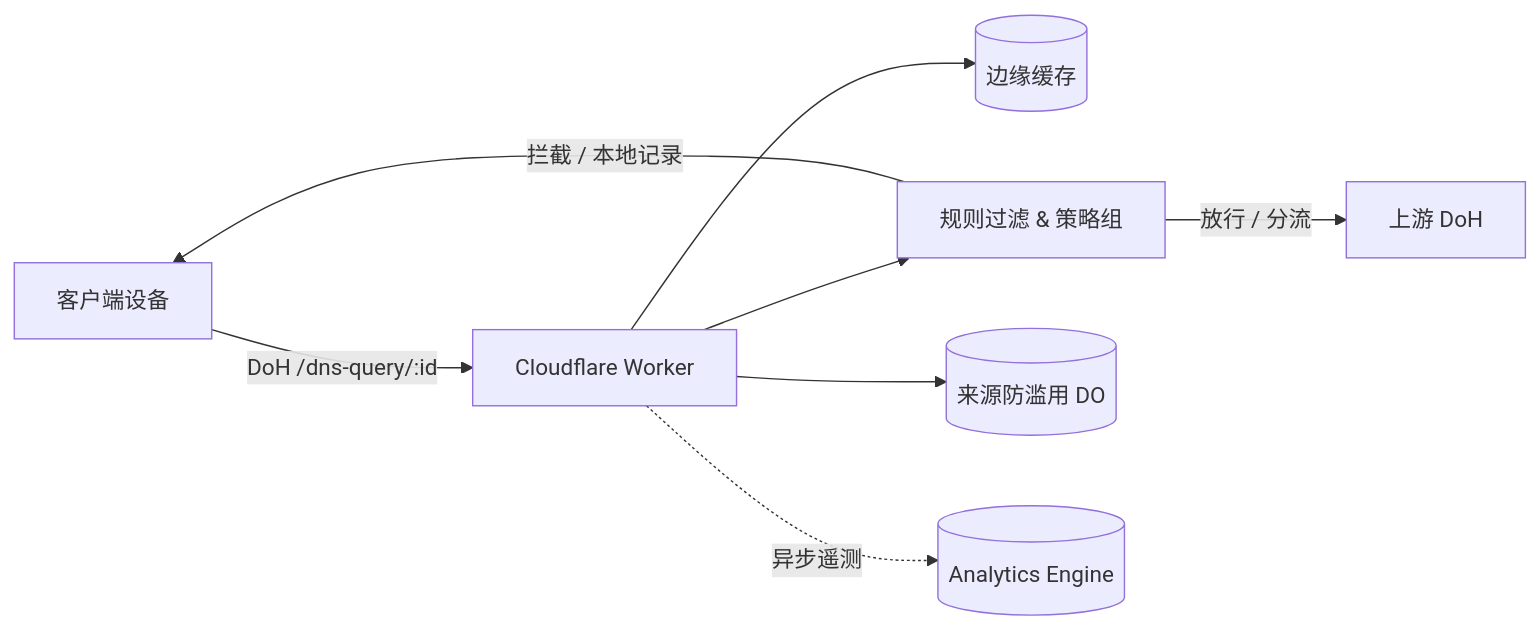
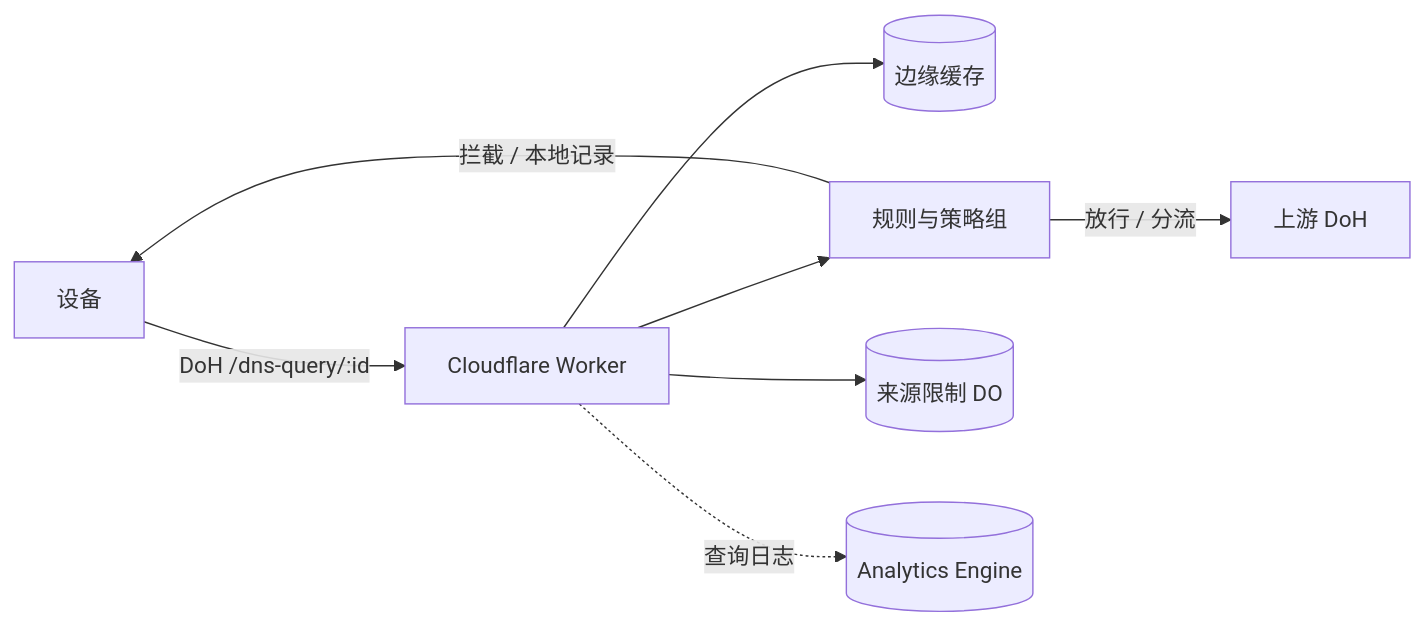
One commit to ChouChiu/EdgeDoH changed the diagram in README.md. Above: the diagram before and after it, drawn with Mermaid. The commit also changed other lines of this file and 6 other files, not shown here.

````diff
--- a/README.md
+++ b/README.md
@@ -17,10 +17,10 @@
 ```mermaid
 graph LR
-    Client[客户端设备] -->|DoH /dns-query/:id| Worker[Cloudflare Worker]
+    Client[设备] -->|DoH /dns-query/:id| Worker[Cloudflare Worker]
     Worker --> Cache[(边缘缓存)]
-    Worker --> Filter[规则过滤 & 策略组]
-    Worker --> Guard[(来源防滥用 DO)]
+    Worker --> Filter[规则与策略组]
+    Worker --> Guard[(来源限制 DO)]
     Filter -->|拦截 / 本地记录| Client
     Filter -->|放行 / 分流| Upstream[上游 DoH]
-    Worker -.->|异步遥测| AE[(Analytics Engine)]
+    Worker -.->|查询日志| AE[(Analytics Engine)]
 ```
````
